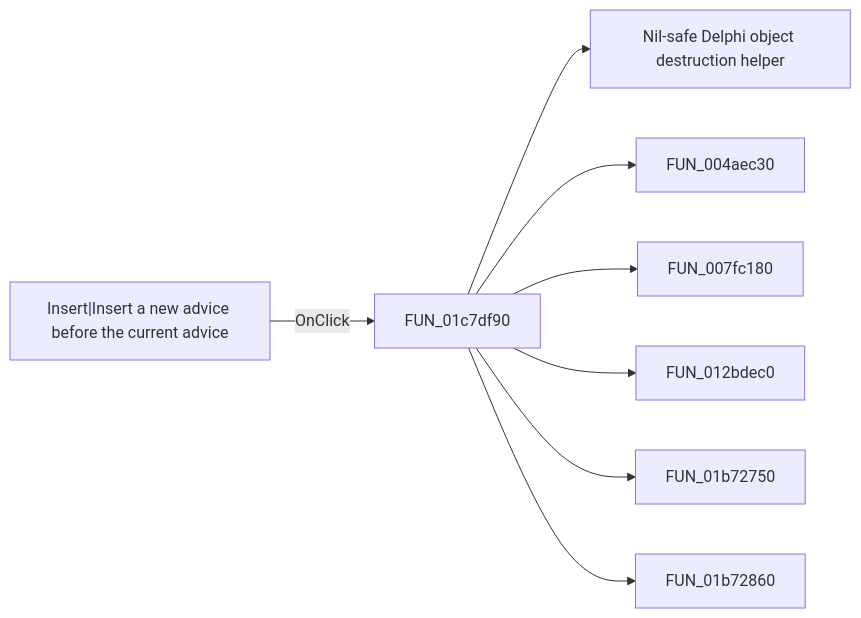
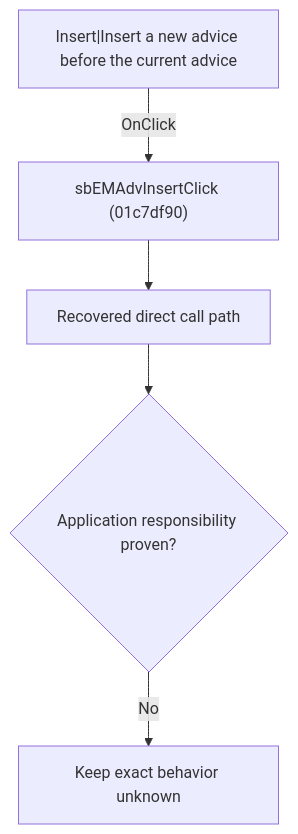
The diagram in docs/ui-controls/schematiceditor/sbemadvinsert-d0d26dc609.md (MovGP0/TIARA), drawn with Mermaid before and after one commit. The commit also changed other lines of this file and 1062 other files, not shown here.

````diff
--- a/docs/ui-controls/schematiceditor/sbemadvinsert-d0d26dc609.md
+++ b/docs/ui-controls/schematiceditor/sbemadvinsert-d0d26dc609.md
@@ -27,10 +27,7 @@
 ```mermaid
-flowchart LR
-    control["Insert|Insert a new advice before the current advice"] -->|OnClick| handler["FUN_01c7df90"]
-    handler --> call1["Nil-safe Delphi object destruction helper"]
-    handler --> call2["FUN_004aec30"]
-    handler --> call3["FUN_007fc180"]
-    handler --> call4["FUN_012bdec0"]
-    handler --> call5["FUN_01b72750"]
-    handler --> call6["FUN_01b72860"]
+flowchart TD
+    control["Insert|Insert a new advice before the current advice"] -->|"OnClick"| handler["sbEMAdvInsertClick (01c7df90)"]
+    handler --> recovered["Recovered direct call path"]
+    recovered --> gap{"Application responsibility proven?"}
+    gap -->|"No"| blocked["Keep exact behavior unknown"]
 ```
````
